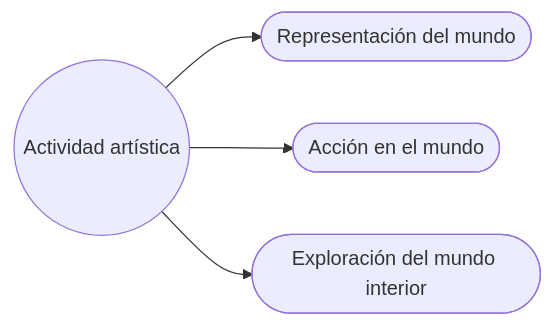
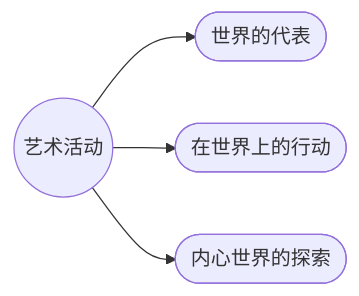
Before and after one commit to EGGS-Artesvisuales/EGGS-Artesvisuales.github.io: the diagram in CHN/index.md, drawn with Mermaid. The commit also changed other lines of this file and 43 other files, not shown here.

```diff
--- a/CHN/index.md
+++ b/CHN/index.md
@@ -39,15 +39,15 @@
 <div class="mermaid">
 flowchart LR
-  principal(("Actividad artística"))
-  representacion(["Representación del mundo"])
-  accion(["Acción en el mundo"])
-  interior(["Exploración del mundo interior"])
+  principal(("艺术活动"))
+  representacion(["世界的代表"])
+  accion(["在世界上的行动"])
+  interior(["内心世界的探索"])
 
   principal --> representacion
   principal --> accion
   principal --> interior
 
-  click representacion "/CHN/mundo-exterior.html" "Ir a Representación del mundo"
-  click accion "/CHN/accion.html" "Ir a Acción en el mundo"
-  click interior "/CHN/interior.html" "Ir a Mundo interior"
+  click representacion "/CHN/mundo-exterior.html" "前往世界代表"
+  click accion "/CHN/accion.html" "前往世界各地行动"
+  click interior "/CHN/interior.html" "走进内心世界"
 </div>
```
